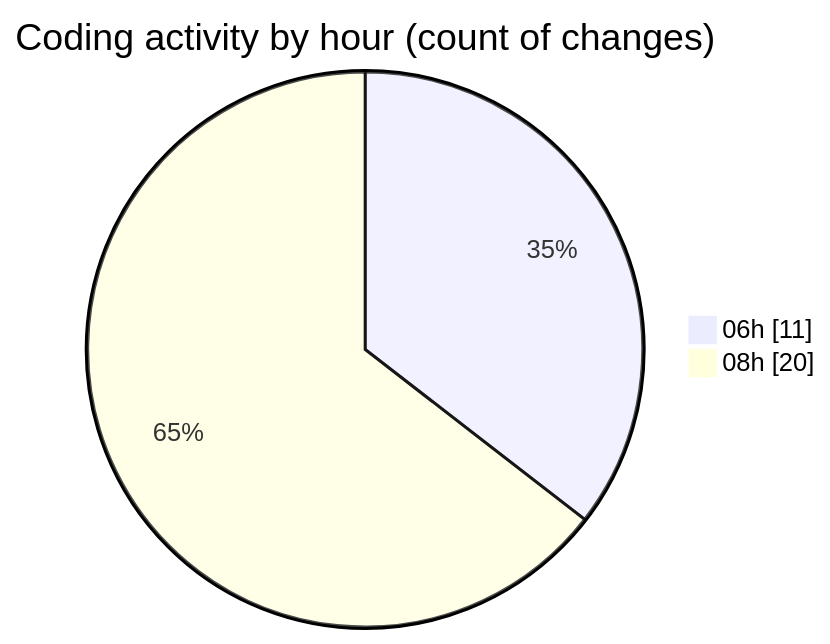
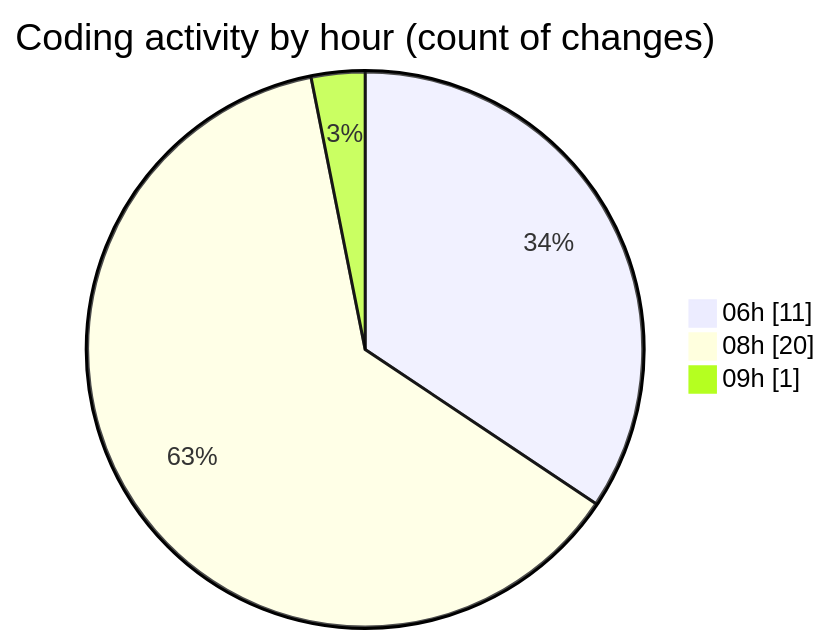
Before and after one commit to EIIisD/code-tracking: the second of 2 diagrams in 2025-08-04/tw-server/README.md, drawn with Mermaid. The commit also changed other lines of this file and 1 other file, not shown here.

````diff
--- a/2025-08-04/tw-server/README.md
+++ b/2025-08-04/tw-server/README.md
@@ -37,6 +37,7 @@
 ```mermaid
 pie showData
 title Coding activity by hour (count of changes)
 "06h" : 11
 "08h" : 20
+"09h" : 1
 ```
````
